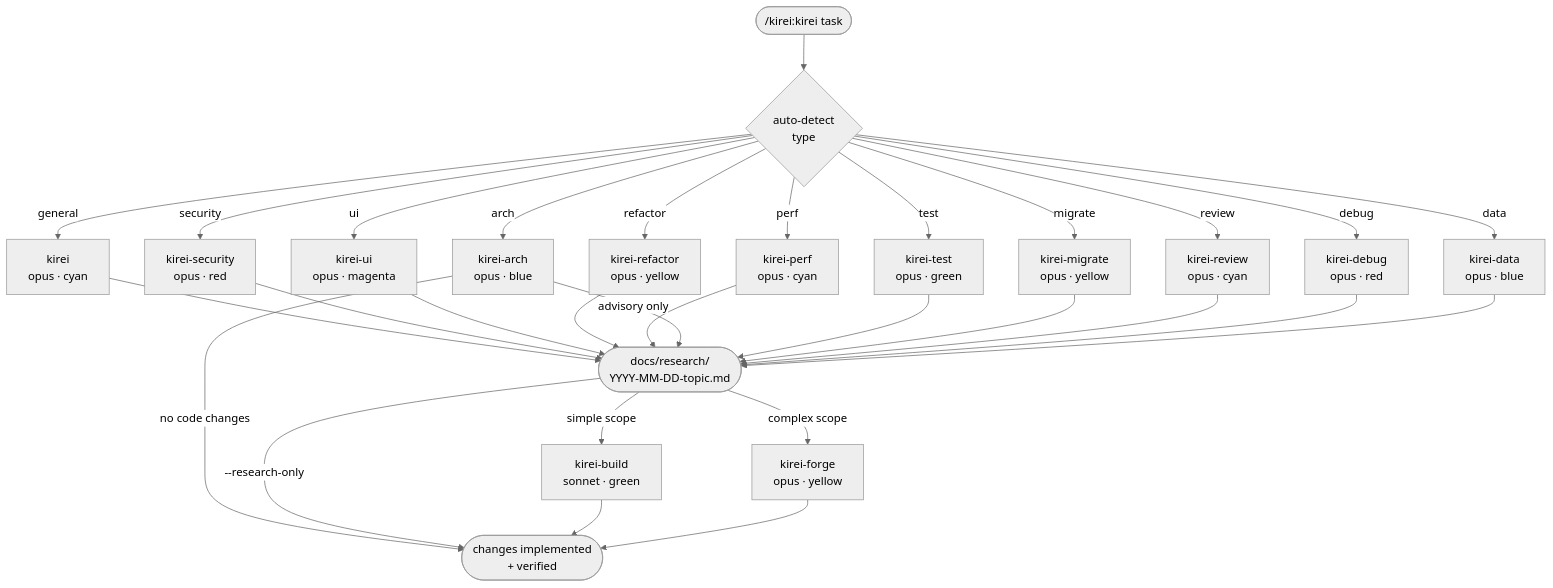
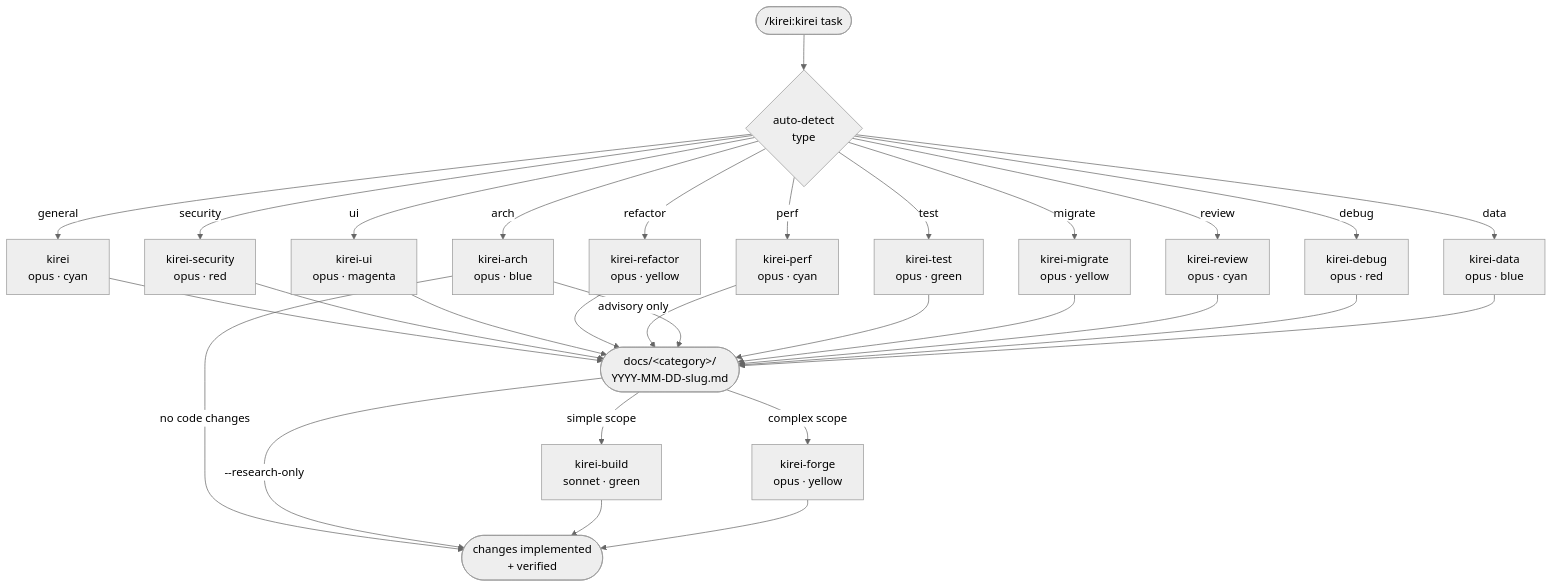
One commit to Shironex/kirei changed the first of 3 diagrams in README.md. Above: the diagram before and after it, drawn with Mermaid (neutral theme). The commit also changed other lines of this file and 18 other files, not shown here.

First line of the commit message:
feat: per-category findings folders (v1.5.0)

````diff
--- a/README.md
+++ b/README.md
@@ -54,40 +57,40 @@
 ```mermaid
 flowchart TD
     skill(["/kirei:kirei task"])
 
     skill --> detect{auto-detect\ntype}
 
     detect -->|general| kirei[kirei\nopus · cyan]
     detect -->|security| sec[kirei-security\nopus · red]
     detect -->|ui| ui[kirei-ui\nopus · magenta]
     detect -->|refactor| ref[kirei-refactor\nopus · yellow]
     detect -->|perf| perf[kirei-perf\nopus · cyan]
     detect -->|arch| arch[kirei-arch\nopus · blue]
     detect -->|test| test[kirei-test\nopus · green]
     detect -->|migrate| mig[kirei-migrate\nopus · yellow]
     detect -->|review| rev[kirei-review\nopus · cyan]
     detect -->|debug| dbg[kirei-debug\nopus · red]
     detect -->|data| data[kirei-data\nopus · blue]
 
     kirei --> findings
     sec --> findings
     ui --> findings
     ref --> findings
     perf --> findings
     arch -->|advisory only| findings
     test --> findings
     mig --> findings
     rev --> findings
     dbg --> findings
     data --> findings
 
-    findings([docs/research/\nYYYY-MM-DD-topic.md])
+    findings([docs/&lt;category&gt;/\nYYYY-MM-DD-slug.md])
 
     findings -->|simple scope| build[kirei-build\nsonnet · green]
     findings -->|complex scope| forge[kirei-forge\nopus · yellow]
     arch -->|no code changes| done
     findings -->|--research-only| done
 
     build --> done([changes implemented\n+ verified])
     forge --> done
 ```
````
